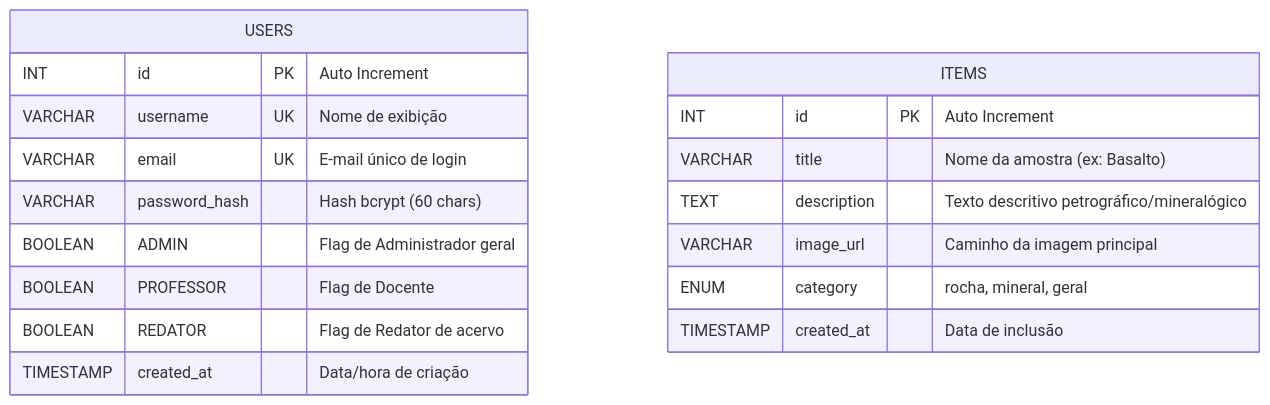
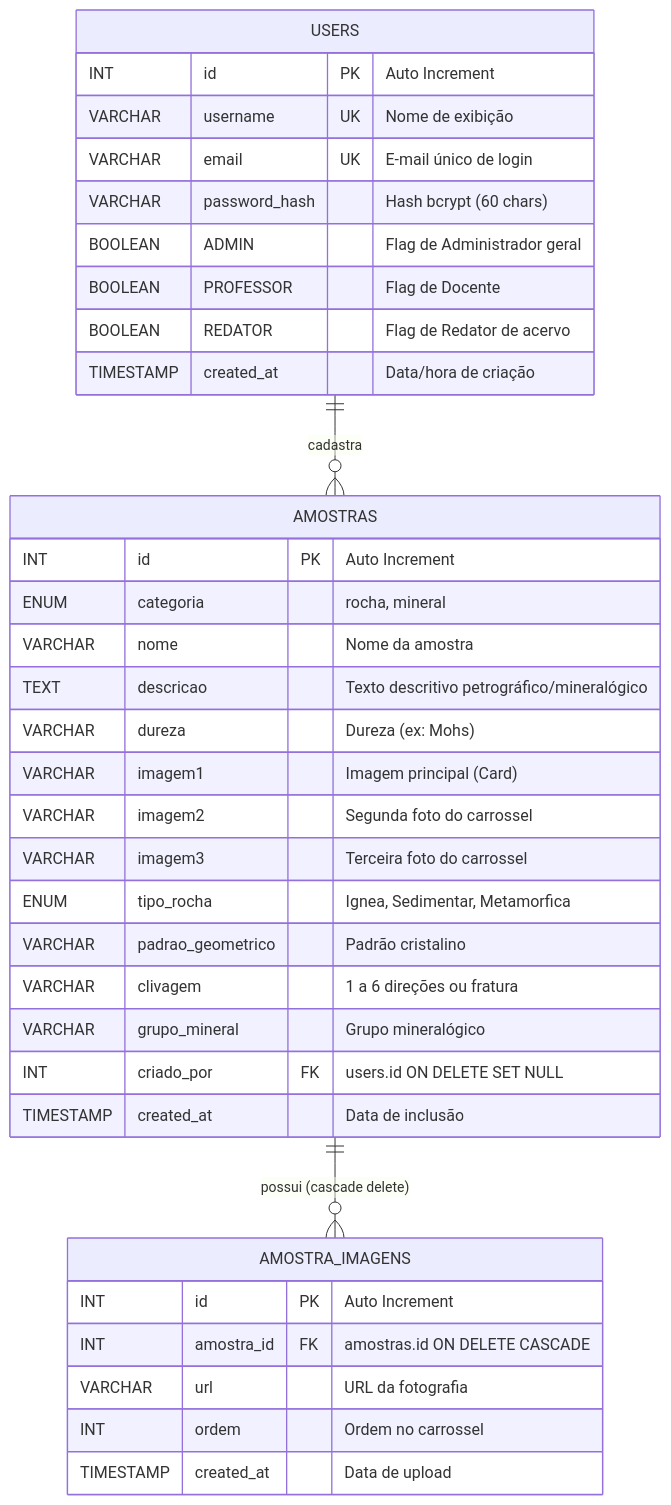
The third of 3 diagrams in code/ARCHITECTURE.md (mrkinzo/TrabalhoDeConclusaoDeCurso), drawn with Mermaid before and after one commit. The commit also changed 17 other files, not shown here.

````diff
--- a/code/ARCHITECTURE.md
+++ b/code/ARCHITECTURE.md
@@ -223,22 +223,41 @@
 ```mermaid
 erDiagram
     USERS {
         INT id PK "Auto Increment"
         VARCHAR username UK "Nome de exibição"
         VARCHAR email UK "E-mail único de login"
         VARCHAR password_hash "Hash bcrypt (60 chars)"
         BOOLEAN ADMIN "Flag de Administrador geral"
         BOOLEAN PROFESSOR "Flag de Docente"
         BOOLEAN REDATOR "Flag de Redator de acervo"
         TIMESTAMP created_at "Data/hora de criação"
     }
 
-    ITEMS {
+    AMOSTRAS {
         INT id PK "Auto Increment"
-        VARCHAR title "Nome da amostra (ex: Basalto)"
-        TEXT description "Texto descritivo petrográfico/mineralógico"
-        VARCHAR image_url "Caminho da imagem principal"
-        ENUM category "rocha, mineral, geral"
+        ENUM categoria "rocha, mineral"
+        VARCHAR nome "Nome da amostra"
+        TEXT descricao "Texto descritivo petrográfico/mineralógico"
+        VARCHAR dureza "Dureza (ex: Mohs)"
+        VARCHAR imagem1 "Imagem principal (Card)"
+        VARCHAR imagem2 "Segunda foto do carrossel"
+        VARCHAR imagem3 "Terceira foto do carrossel"
+        ENUM tipo_rocha "Ignea, Sedimentar, Metamorfica"
+        VARCHAR padrao_geometrico "Padrão cristalino"
+        VARCHAR clivagem "1 a 6 direções ou fratura"
+        VARCHAR grupo_mineral "Grupo mineralógico"
+        INT criado_por FK "users.id ON DELETE SET NULL"
         TIMESTAMP created_at "Data de inclusão"
     }
+
+    AMOSTRA_IMAGENS {
+        INT id PK "Auto Increment"
+        INT amostra_id FK "amostras.id ON DELETE CASCADE"
+        VARCHAR url "URL da fotografia"
+        INT ordem "Ordem no carrossel"
+        TIMESTAMP created_at "Data de upload"
+    }
+
+    USERS ||--o{ AMOSTRAS : "cadastra"
+    AMOSTRAS ||--o{ AMOSTRA_IMAGENS : "possui (cascade delete)"
 ```
````
